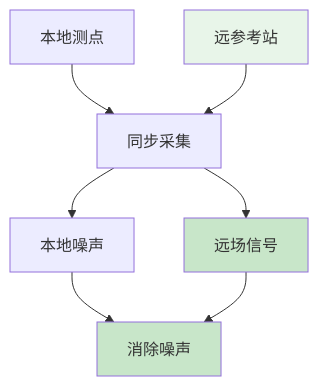
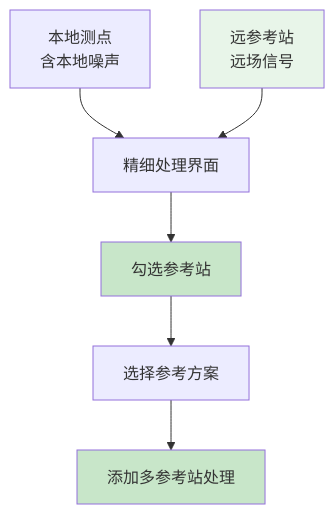
One commit to EMWPJ/MTDataPro-docs changed the third of 3 diagrams in source/chapters/chapter3.md. Above: the diagram before and after it, drawn with Mermaid. The commit also changed other lines of this file and 2 other files, not shown here.

````diff
--- a/source/chapters/chapter3.md
+++ b/source/chapters/chapter3.md
@@ -356,13 +356,12 @@
 ```mermaid
 graph TB
-    A[本地测点] --> C[同步采集]
-    B[远参考站] --> C
-    C --> D[本地噪声]
-    C --> E[远场信号]
-    D --> F[消除噪声]
-    E --> F
+    A[本地测点<br/>含本地噪声] --> C[精细处理界面]
+    B[远参考站<br/>远场信号] --> C
+    C --> D[勾选参考站]
+    D --> E[选择参考方案]
+    E --> F[添加多参考站处理]
     
     style B fill:#e8f5e9
-    style E fill:#c8e6c9
+    style D fill:#c8e6c9
     style F fill:#c8e6c9
 ```
````
